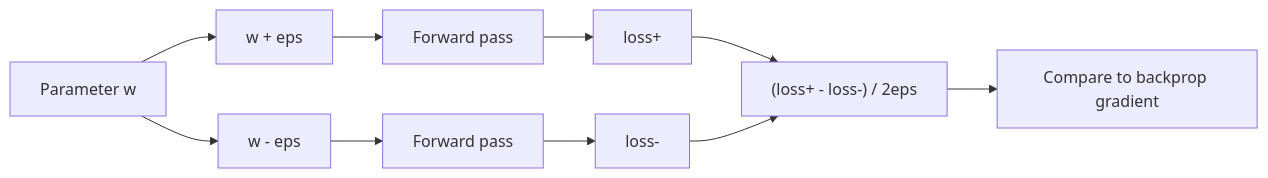
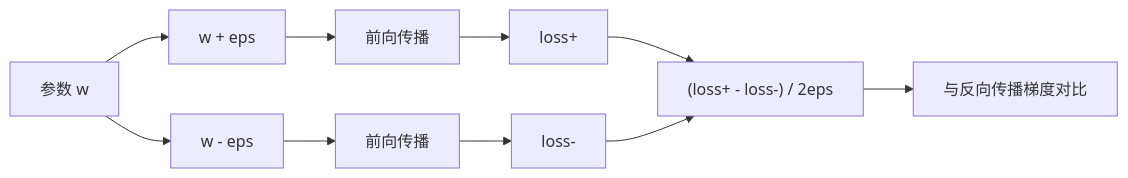
Before and after one commit to alessandrodinisio-ai/ai-engineering-learning-framework: the second of 5 diagrams in phases/03-deep-learning-core/13-debugging-neural-networks/docs/zh.md, drawn with Mermaid. The commit also changed other lines of this file and 120 other files, not shown here.

First line of the commit message:
i18n(mermaid): 337 个 mermaid 图表标签中文化

````diff
--- a/phases/03-deep-learning-core/13-debugging-neural-networks/docs/zh.md
+++ b/phases/03-deep-learning-core/13-debugging-neural-networks/docs/zh.md
@@ -105,12 +105,12 @@
 ```mermaid
 flowchart LR
-    A["Parameter w"] --> B["w + eps"]
+    A["参数 w"] --> B["w + eps"]
     A --> C["w - eps"]
-    B --> D["Forward pass"]
-    C --> E["Forward pass"]
+    B --> D["前向传播"]
+    C --> E["前向传播"]
     D --> F["loss+"]
     E --> G["loss-"]
     F --> H["(loss+ - loss-) / 2eps"]
     G --> H
-    H --> I["Compare to backprop gradient"]
+    H --> I["与反向传播梯度对比"]
 ```
````
